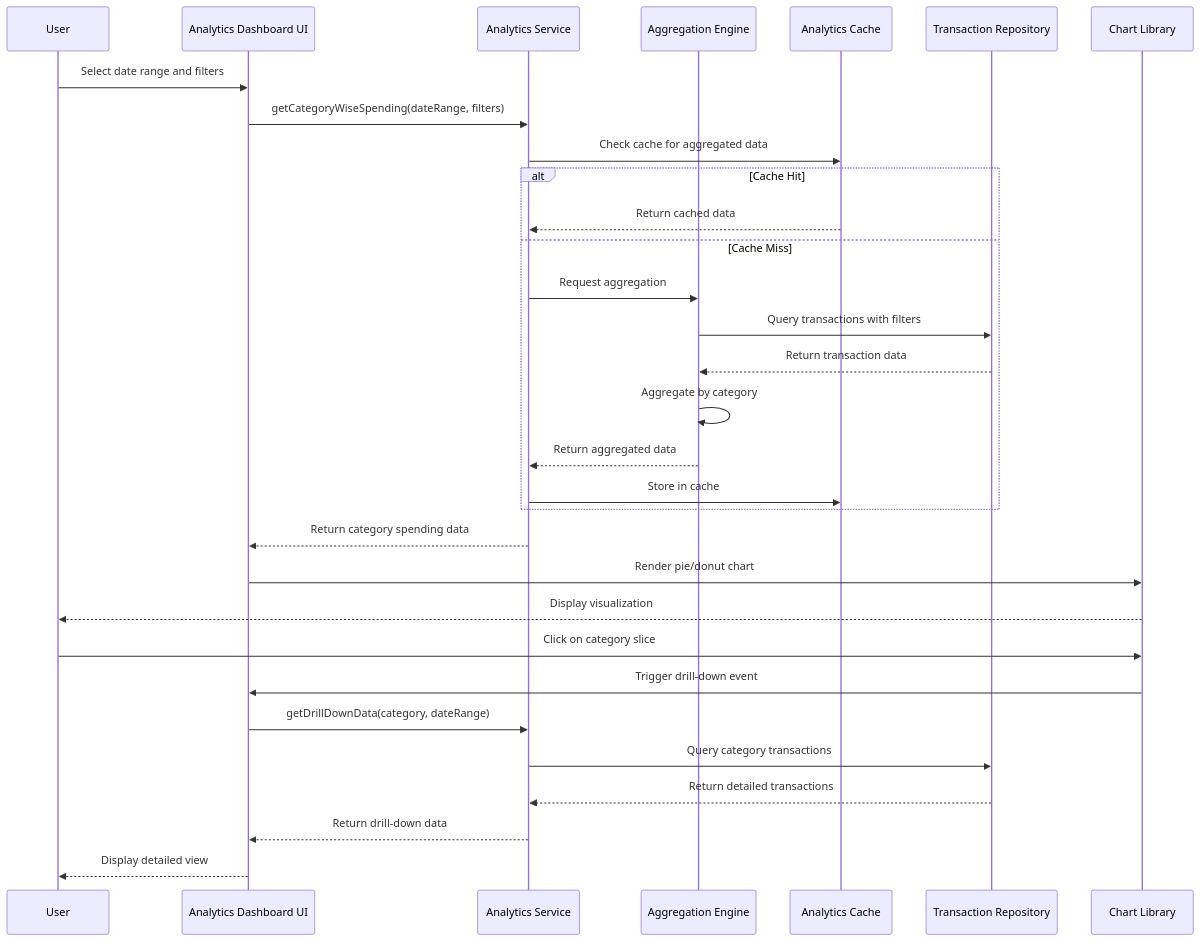
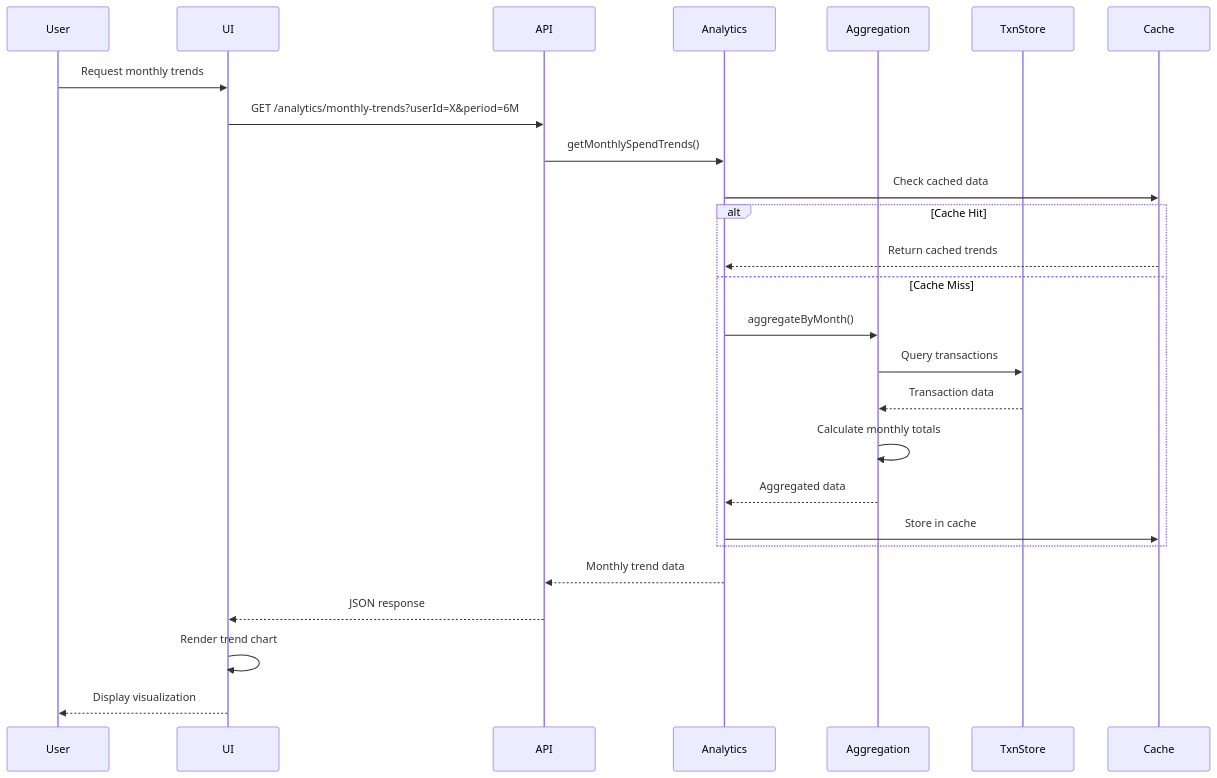
Before and after one commit to AAVA-Demo/APB_Demo: the second of 3 diagrams in HLD/PRD1-Analytics_and_Spending_Insights_HLD.md, drawn with Mermaid. The commit also changed other lines of this file, not shown here.

````diff
--- a/HLD/PRD1-Analytics_and_Spending_Insights_HLD.md
+++ b/HLD/PRD1-Analytics_and_Spending_Insights_HLD.md
@@ -220,37 +204,29 @@
 ```mermaid
 sequenceDiagram
     participant User
-    participant UI as Analytics Dashboard UI
-    participant AS as Analytics Service
-    participant AE as Aggregation Engine
-    participant Cache as Analytics Cache
-    participant TR as Transaction Repository
-    participant Chart as Chart Library
+    participant UI
+    participant API
+    participant Analytics
+    participant Aggregation
+    participant TxnStore
+    participant Cache
     
-    User->>UI: Select date range and filters
-    UI->>AS: getCategoryWiseSpending(dateRange, filters)
-    AS->>Cache: Check cache for aggregated data
-    
+    User->>UI: Request monthly trends
+    UI->>API: GET /analytics/monthly-trends?userId=X&period=6M
+    API->>Analytics: getMonthlySpendTrends()
+    Analytics->>Cache: Check cached data
     alt Cache Hit
-        Cache-->>AS: Return cached data
+        Cache-->>Analytics: Return cached trends
     else Cache Miss
-        AS->>AE: Request aggregation
-        AE->>TR: Query transactions with filters
-        TR-->>AE: Return transaction data
-        AE->>AE: Aggregate by category
-        AE-->>AS: Return aggregated data
-        AS->>Cache: Store in cache
+        Analytics->>Aggregation: aggregateByMonth()
+        Aggregation->>TxnStore: Query transactions
+        TxnStore-->>Aggregation: Transaction data
+        Aggregation->>Aggregation: Calculate monthly totals
+        Aggregation-->>Analytics: Aggregated data
+        Analytics->>Cache: Store in cache
     end
-    
-    AS-->>UI: Return category spending data
-    UI->>Chart: Render pie/donut chart
-    Chart-->>User: Display visualization
-    
-    User->>Chart: Click on category slice
-    Chart->>UI: Trigger drill-down event
-    UI->>AS: getDrillDownData(category, dateRange)
-    AS->>TR: Query category transactions
-    TR-->>AS: Return detailed transactions
-    AS-->>UI: Return drill-down data
-    UI-->>User: Display detailed view
+    Analytics-->>API: Monthly trend data
+    API-->>UI: JSON response
+    UI->>UI: Render trend chart
+    UI-->>User: Display visualization
 ```
````
